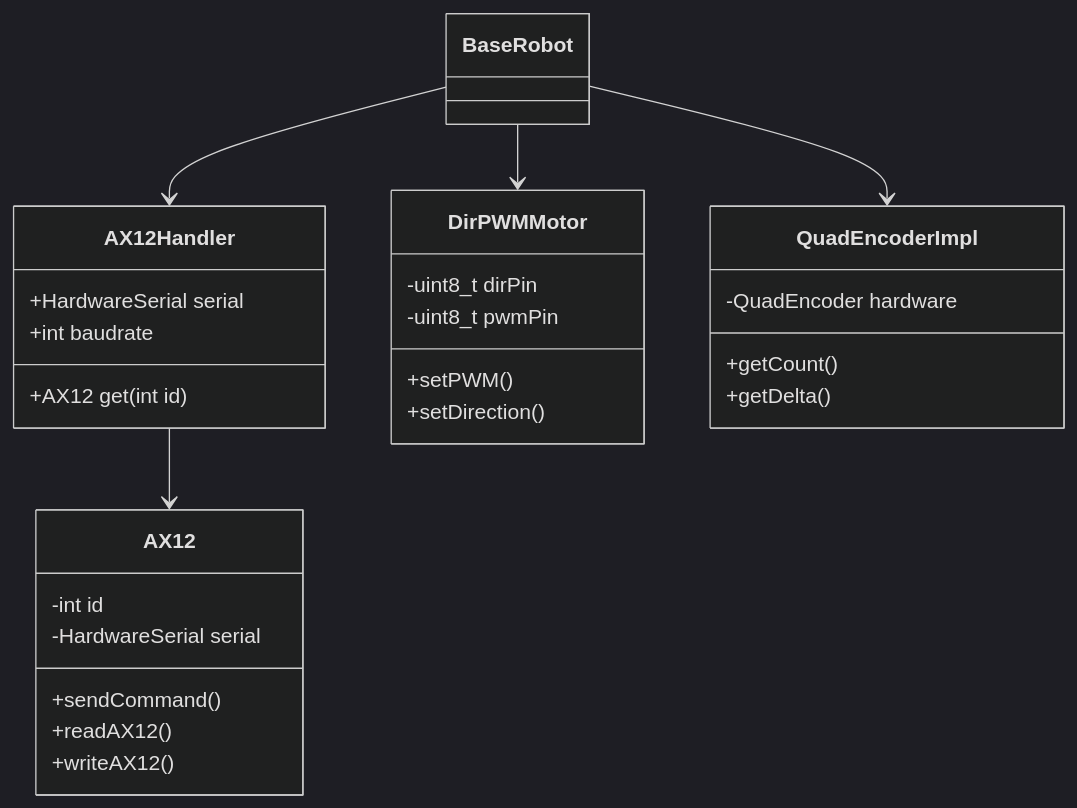
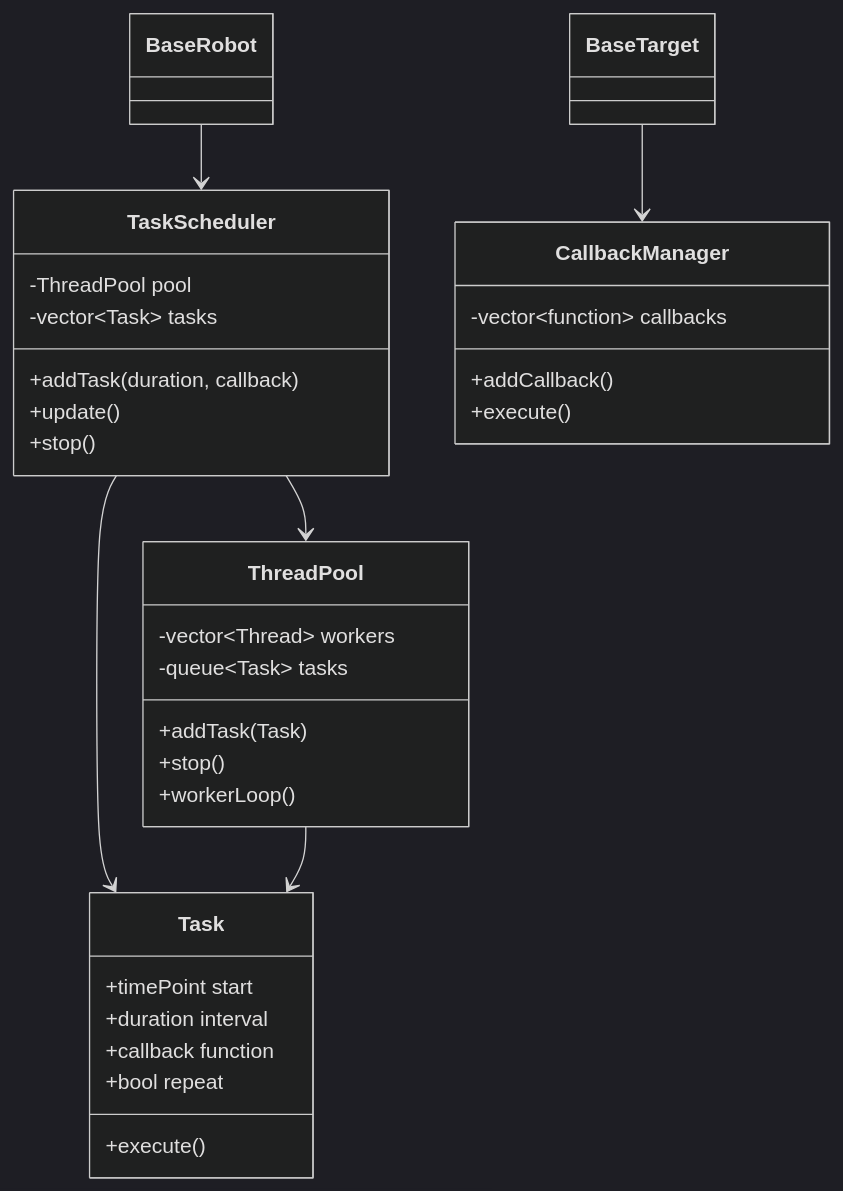
Before and after one commit to FogozIV/PAMITeensy: the tenth of 20 diagrams in ARCHITECTURE.md, drawn with Mermaid (dark theme). The commit also changed other lines of this file, not shown here.

Commit message:
Architecture update

````diff
--- a/ARCHITECTURE.md
+++ b/ARCHITECTURE.md
@@ -200,34 +383,38 @@
 ```mermaid
 classDiagram
-    class AX12Handler {
-        +HardwareSerial serial
-        +int baudrate
-        +AX12 get(int id)
+    class TaskScheduler {
+        -ThreadPool pool
+        -vector~Task~ tasks
+        +addTask(duration, callback)
+        +update()
+        +stop()
     }
     
-    class AX12 {
-        -int id
-        -HardwareSerial serial
-        +sendCommand()
-        +readAX12()
-        +writeAX12()
+    class ThreadPool {
+        -vector~Thread~ workers
+        -queue~Task~ tasks
+        +addTask(Task)
+        +stop()
+        +workerLoop()
     }
     
-    class DirPWMMotor {
-        -uint8_t dirPin
-        -uint8_t pwmPin
-        +setPWM()
-        +setDirection()
+    class Task {
+        +timePoint start
+        +duration interval
+        +callback function
+        +bool repeat
+        +execute()
     }
     
-    class QuadEncoderImpl {
-        -QuadEncoder hardware
-        +getCount()
-        +getDelta()
+    class CallbackManager {
+        -vector~function~ callbacks
+        +addCallback()
+        +execute()
     }
     
-    AX12Handler --> AX12
-    BaseRobot --> AX12Handler
-    BaseRobot --> DirPWMMotor
-    BaseRobot --> QuadEncoderImpl
+    TaskScheduler --> ThreadPool
+    TaskScheduler --> Task
+    ThreadPool --> Task
+    BaseRobot --> TaskScheduler
+    BaseTarget --> CallbackManager
 ```
````
